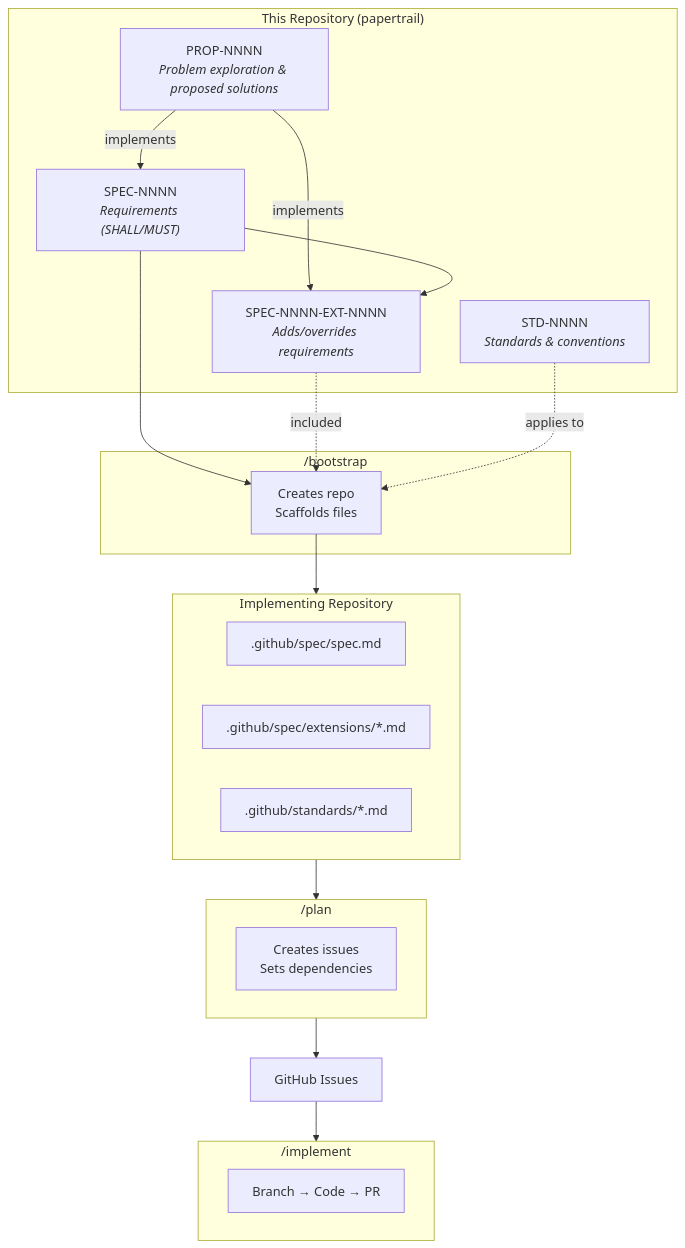
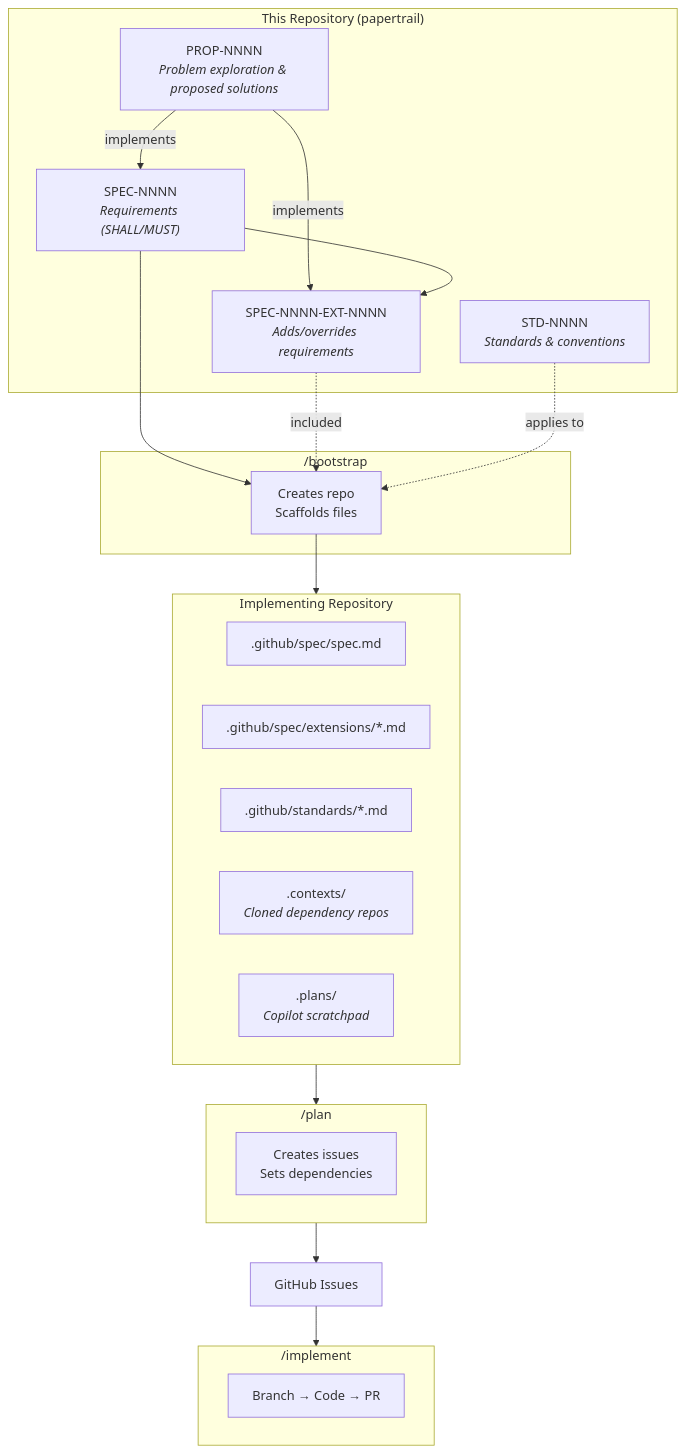
The diagram in README.md (vegardx/papertrail), drawn with Mermaid before and after one commit. The commit also changed other lines of this file, not shown here.

````diff
--- a/README.md
+++ b/README.md
@@ -32,38 +33,40 @@
 ```mermaid
 flowchart TB
     subgraph papertrail["This Repository (papertrail)"]
         PROP["PROP-NNNN<br/><i>Problem exploration & proposed solutions</i>"]
         SPEC["SPEC-NNNN<br/><i>Requirements (SHALL/MUST)</i>"]
         EXT["SPEC-NNNN-EXT-NNNN<br/><i>Adds/overrides requirements</i>"]
         STD["STD-NNNN<br/><i>Standards & conventions</i>"]
     end
 
     subgraph bootstrap["/bootstrap"]
         BOOT["Creates repo<br/>Scaffolds files"]
     end
 
     subgraph impl["Implementing Repository"]
         SPECFILE[".github/spec/spec.md"]
         EXTFILES[".github/spec/extensions/*.md"]
         STDFILES[".github/standards/*.md"]
+        CONTEXTS[".contexts/<br/><i>Cloned dependency repos</i>"]
+        PLANS[".plans/<br/><i>Copilot scratchpad</i>"]
     end
 
     subgraph plan["/plan"]
         PLAN["Creates issues<br/>Sets dependencies"]
     end
 
     subgraph implement["/implement"]
         IMPL["Branch → Code → PR"]
     end
 
     PROP -->|"implements"| SPEC
     PROP -->|"implements"| EXT
     SPEC --> EXT
     SPEC --> BOOT
     EXT -.->|"included"| BOOT
     STD -.->|"applies to"| BOOT
     BOOT --> impl
     impl --> plan
     plan --> ISSUES["GitHub Issues"]
     ISSUES --> implement
 ```
````
